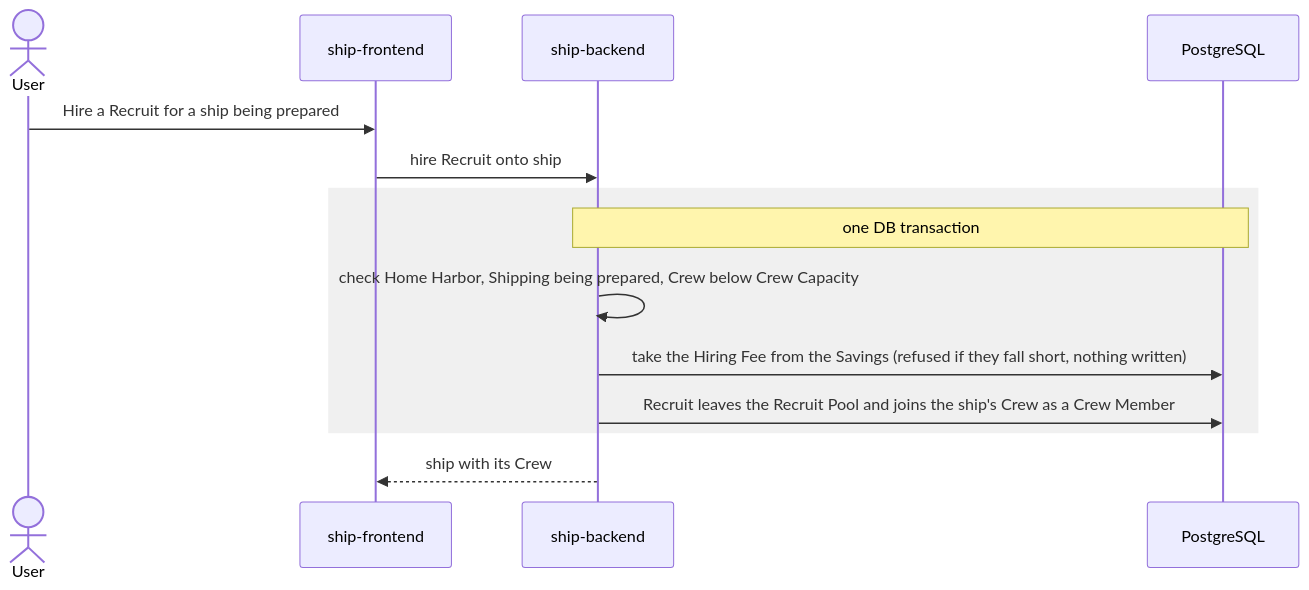
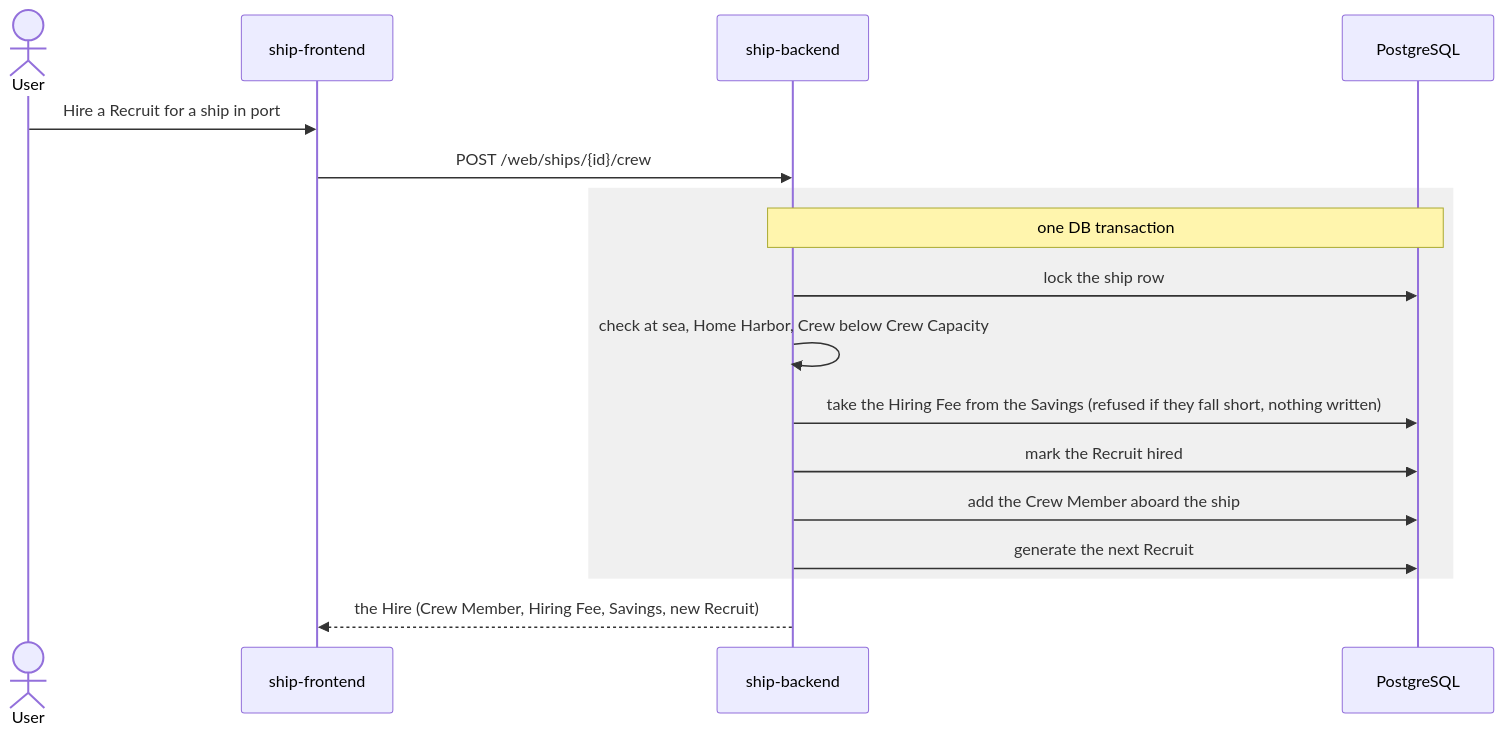
The eighth of 9 diagrams in docs/arc42/06-runtime.md (maurizio100/ddd-ship), drawn with Mermaid before and after one commit. The commit also changed other lines of this file and 188 other files, not shown here.

````diff
--- a/docs/arc42/06-runtime.md
+++ b/docs/arc42/06-runtime.md
@@ -273,16 +273,19 @@
 ```mermaid
 sequenceDiagram
     actor U as User
     participant FE as ship-frontend
     participant BE as ship-backend
     participant DB as PostgreSQL
-    U->>FE: Hire a Recruit for a ship being prepared
-    FE->>BE: hire Recruit onto ship
+    U->>FE: Hire a Recruit for a ship in port
+    FE->>BE: POST /web/ships/{id}/crew
     rect rgb(240,240,240)
     Note over BE,DB: one DB transaction
-    BE->>BE: check Home Harbor, Shipping being prepared, Crew below Crew Capacity
+    BE->>DB: lock the ship row
+    BE->>BE: check at sea, Home Harbor, Crew below Crew Capacity
     BE->>DB: take the Hiring Fee from the Savings (refused if they fall short, nothing written)
-    BE->>DB: Recruit leaves the Recruit Pool and joins the ship's Crew as a Crew Member
+    BE->>DB: mark the Recruit hired
+    BE->>DB: add the Crew Member aboard the ship
+    BE->>DB: generate the next Recruit
     end
-    BE-->>FE: ship with its Crew
+    BE-->>FE: the Hire (Crew Member, Hiring Fee, Savings, new Recruit)
 ```
````
